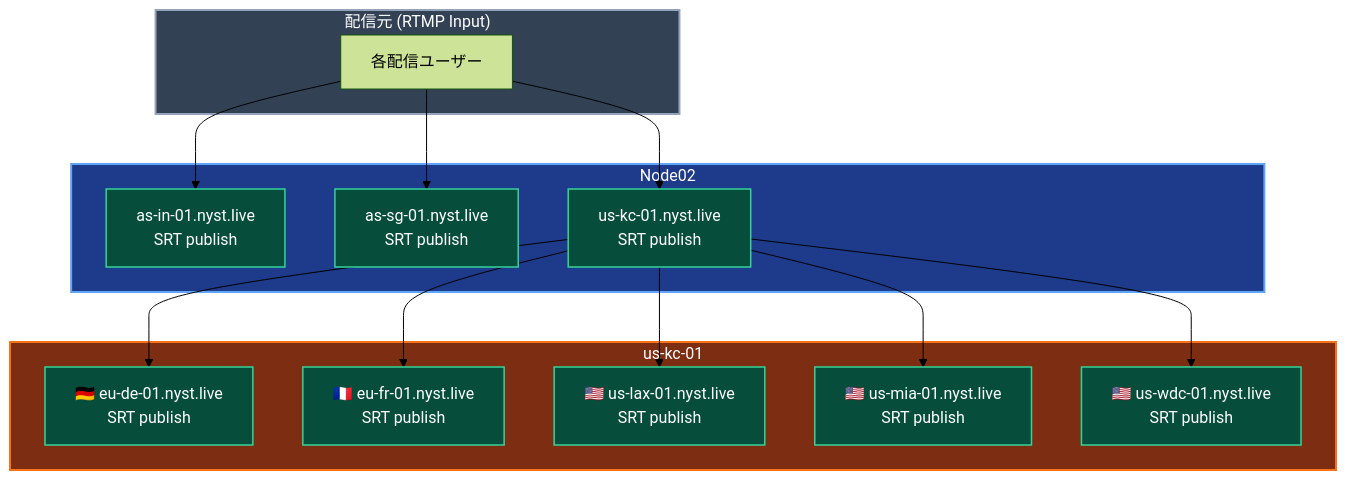
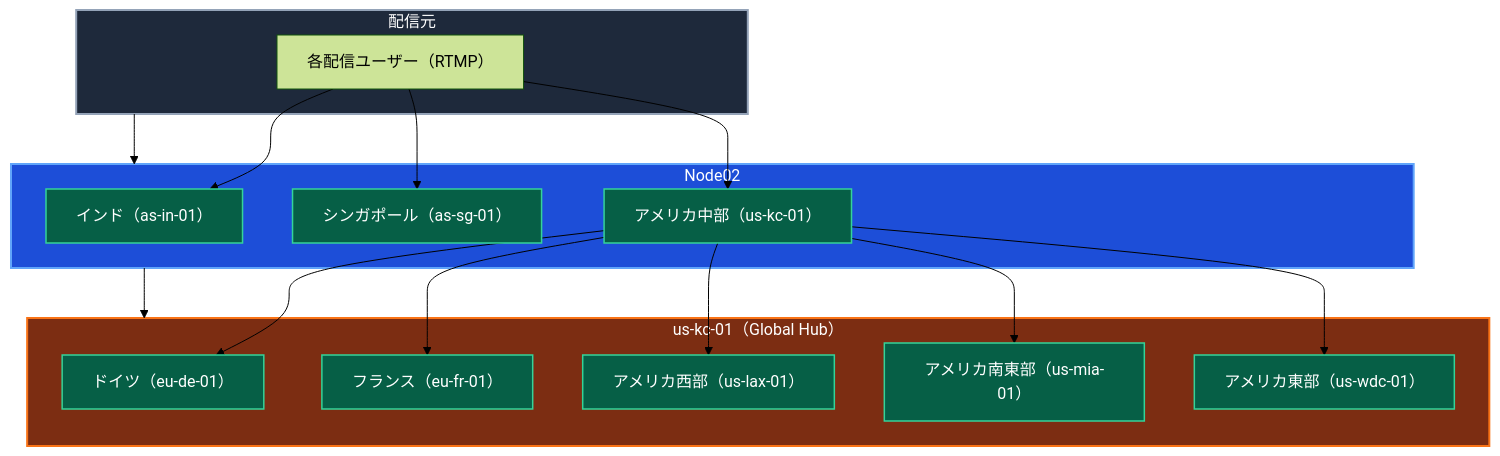
The diagram in services/streaming-service/nyan-streaming/graph.md (KuronekoServer/wiki.krnk.org), drawn with Mermaid (forest theme) before and after one commit. The commit also changed other lines of this file, not shown here.

Commit message:
docs: update services/streaming-service/nyan-streaming/graph

````diff
--- a/services/streaming-service/nyan-streaming/graph.md
+++ b/services/streaming-service/nyan-streaming/graph.md
@@ -12,38 +12,42 @@
 ```mermaid
-flowchart TD
-    %% ===============================
-    %% 配信全体構成図（全サーバー視聴可能）
-    %% ===============================
+flowchart TB
+    %% =======================================
+    %% 配信全体構成図（全サーバー視聴可能）※日本リージョンからの配信の場合
+    %% =======================================
 
     %% === 配信元 ===
-    subgraph SRC["配信元 (RTMP Input)"]
-        A["各配信ユーザー"]
+    subgraph SRC["配信元"]
+        A["各配信ユーザー（RTMP）"]
     end
 
     %% === Node02 ===
     subgraph NODE02["Node02"]
-        A --> IN["as-in-01.nyst.live<br/>SRT publish"]
-        A --> SG["as-sg-01.nyst.live<br/>SRT publish"]
-        A --> KC["us-kc-01.nyst.live<br/>SRT publish"]
+        A --> IN["インド（as-in-01）"]
+        A --> SG["シンガポール（as-sg-01）"]
+        A --> KC["アメリカ中部（us-kc-01）"]
     end
 
     %% === KCノード ===
-    subgraph KCNODE["us-kc-01"]
-        KC --> DE["🇩🇪 eu-de-01.nyst.live<br/>SRT publish"]
-        KC --> FR["🇫🇷 eu-fr-01.nyst.live<br/>SRT publish"]
-        KC --> LAX["🇺🇸 us-lax-01.nyst.live<br/>SRT publish"]
-        KC --> MIA["🇺🇸 us-mia-01.nyst.live<br/>SRT publish"]
-        KC --> WDC["🇺🇸 us-wdc-01.nyst.live<br/>SRT publish"]
+    subgraph KCNODE["us-kc-01（Global Hub）"]
+        KC --> DE["ドイツ（eu-de-01）"]
+        KC --> FR["フランス（eu-fr-01）"]
+        KC --> LAX["アメリカ西部（us-lax-01）"]
+        KC --> MIA["アメリカ南東部（us-mia-01）"]
+        KC --> WDC["アメリカ東部（us-wdc-01）"]
     end
 
+    %% === 縦の階層構成 ===
+    SRC --> NODE02
+    NODE02 --> KCNODE
+
     %% === スタイリング ===
-    classDef src fill:#334155,stroke:#94a3b8,color:#fff,stroke-width:2px;
-    classDef asia fill:#1e3a8a,stroke:#60a5fa,color:#fff,stroke-width:2px;
+    classDef src fill:#1e293b,stroke:#94a3b8,color:#fff,stroke-width:2px;
+    classDef asia fill:#1d4ed8,stroke:#60a5fa,color:#fff,stroke-width:2px;
     classDef kc fill:#7c2d12,stroke:#f97316,color:#fff,stroke-width:2px;
-    classDef edge fill:#064e3b,stroke:#34d399,color:#fff,stroke-width:1.5px;
+    classDef edge fill:#065f46,stroke:#34d399,color:#fff,stroke-width:1.5px;
 
     class SRC src;
     class NODE02 asia;
     class KCNODE kc;
     class IN,SG,KC,DE,FR,LAX,MIA,WDC edge;
 ```
````
